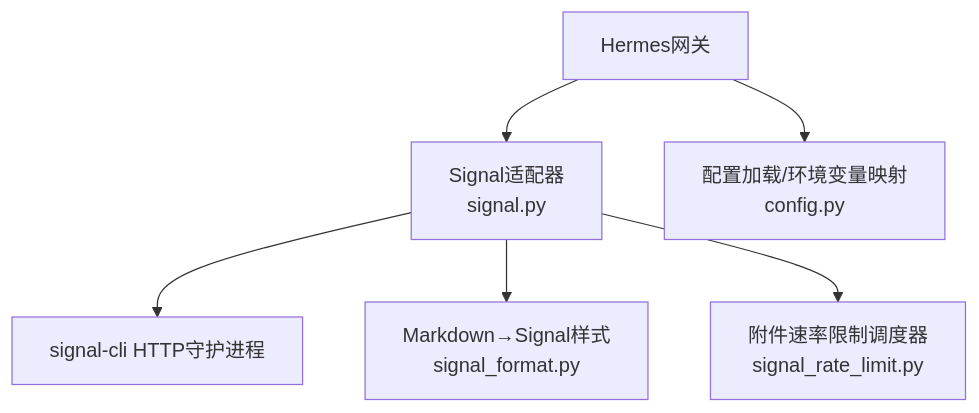
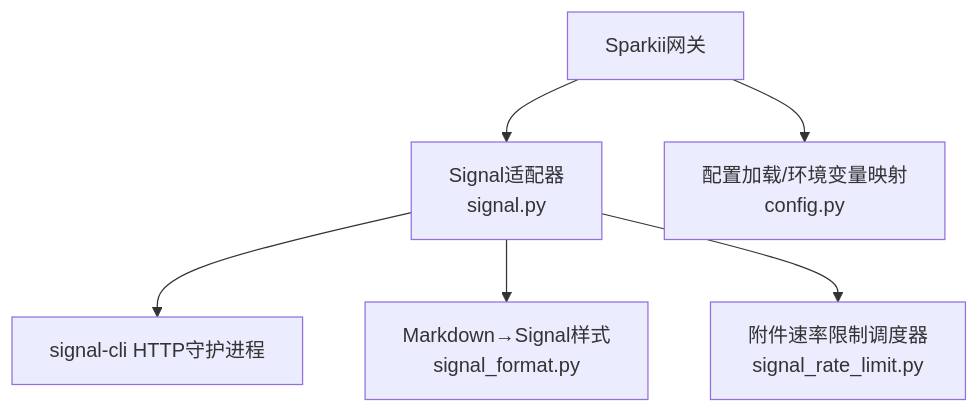
Before and after one commit to YueDJ/SpaikiiDesktop: the first of 5 diagrams in .qoder/repowiki/zh/content/用户指南/消息平台集成指南/Signal客户端集成.md, drawn with Mermaid. The commit also changed other lines of this file and 299 other files, not shown here.

````diff
--- a/.qoder/repowiki/zh/content/用户指南/消息平台集成指南/Signal客户端集成.md
+++ b/.qoder/repowiki/zh/content/用户指南/消息平台集成指南/Signal客户端集成.md
@@ -35,8 +35,8 @@
 ```mermaid
 graph TB
-A["Hermes网关"] --> B["Signal适配器<br/>signal.py"]
+A["Sparkii网关"] --> B["Signal适配器<br/>signal.py"]
 B --> C["signal-cli HTTP守护进程"]
 B --> D["Markdown→Signal样式<br/>signal_format.py"]
 B --> E["附件速率限制调度器<br/>signal_rate_limit.py"]
 A --> F["配置加载/环境变量映射<br/>config.py"]
 ```
````
